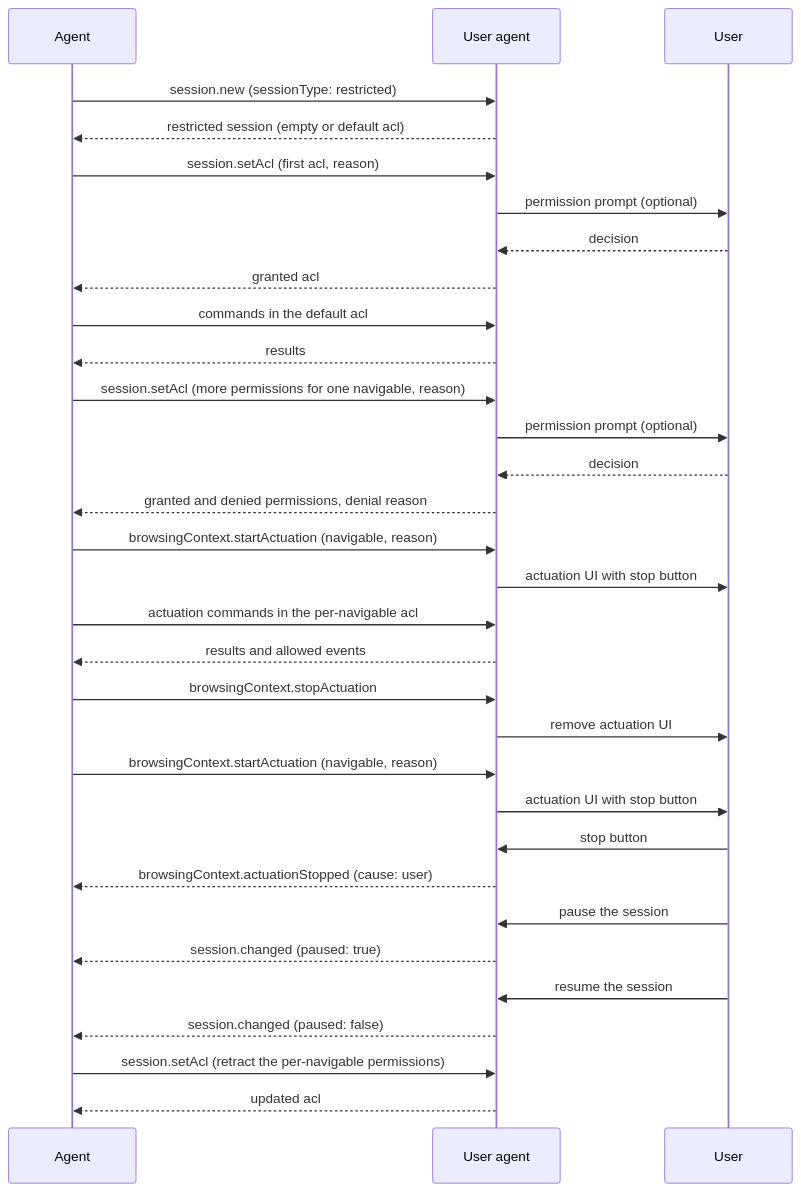
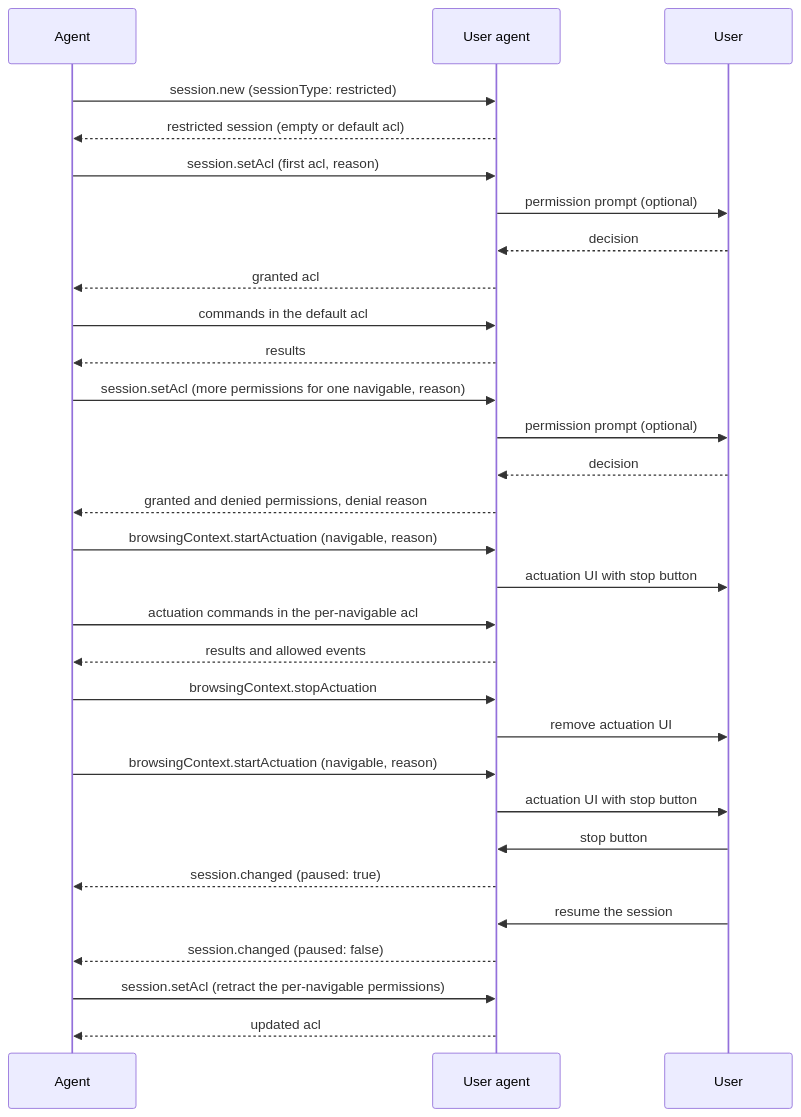
The diagram in README.md (WICG/agentic-webdriver-bidi), drawn with Mermaid before and after one commit. The commit also changed other lines of this file, not shown here.

Commit message:
Use session.changed instead of actuationStopped for the stop button

````diff
--- a/README.md
+++ b/README.md
@@ -507,35 +476,33 @@
 ```mermaid
 sequenceDiagram
     participant Agent
     participant UA as User agent
     participant User
 
     Agent->>UA: session.new (sessionType: restricted)
     UA-->>Agent: restricted session (empty or default acl)
     Agent->>UA: session.setAcl (first acl, reason)
     UA->>User: permission prompt (optional)
     User-->>UA: decision
     UA-->>Agent: granted acl
     Agent->>UA: commands in the default acl
     UA-->>Agent: results
     Agent->>UA: session.setAcl (more permissions for one navigable, reason)
     UA->>User: permission prompt (optional)
     User-->>UA: decision
     UA-->>Agent: granted and denied permissions, denial reason
     Agent->>UA: browsingContext.startActuation (navigable, reason)
     UA->>User: actuation UI with stop button
     Agent->>UA: actuation commands in the per-navigable acl
     UA-->>Agent: results and allowed events
     Agent->>UA: browsingContext.stopActuation
     UA->>User: remove actuation UI
     Agent->>UA: browsingContext.startActuation (navigable, reason)
     UA->>User: actuation UI with stop button
     User->>UA: stop button
-    UA-->>Agent: browsingContext.actuationStopped (cause: user)
-    User->>UA: pause the session
     UA-->>Agent: session.changed (paused: true)
     User->>UA: resume the session
     UA-->>Agent: session.changed (paused: false)
     Agent->>UA: session.setAcl (retract the per-navigable permissions)
     UA-->>Agent: updated acl
 ```
````
